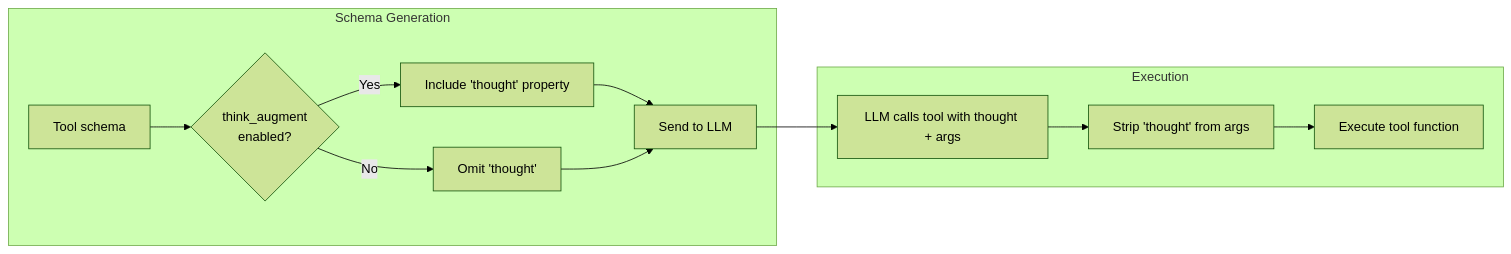
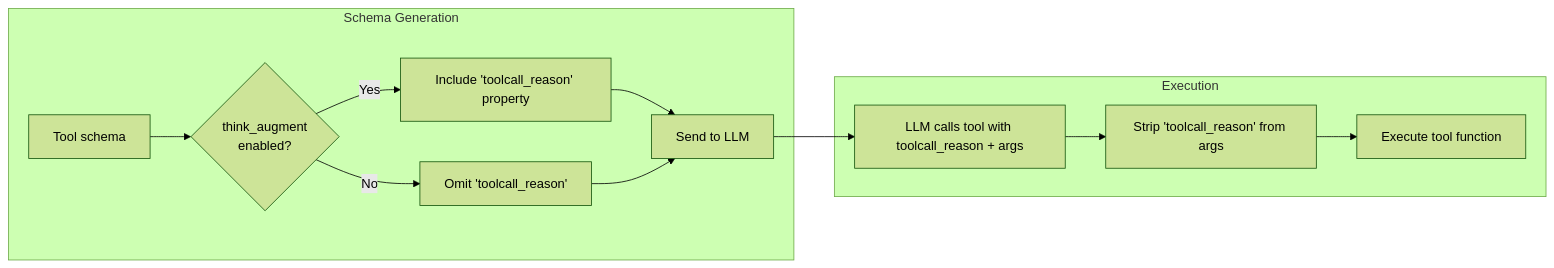
The diagram in docs/usage/think_augmented.md (Oaklight/ToolRegistry), drawn with Mermaid (forest theme) before and after one commit. The commit also changed other lines of this file and 2 other files, not shown here.

Commit message:
docs: update toolcall reason augmentation docs

````diff
--- a/docs/usage/think_augmented.md
+++ b/docs/usage/think_augmented.md
@@ -21,15 +23,15 @@
 ```mermaid
 flowchart LR
     subgraph Schema Generation
         Tool["Tool schema"] --> Check{"think_augment\nenabled?"}
-        Check -->|Yes| Inject["Include 'thought' property"]
-        Check -->|No| Skip["Omit 'thought'"]
+        Check -->|Yes| Inject["Include 'toolcall_reason' property"]
+        Check -->|No| Skip["Omit 'toolcall_reason'"]
         Inject --> LLM["Send to LLM"]
         Skip --> LLM
     end
     subgraph Execution
-        LLM --> Call["LLM calls tool with thought + args"]
-        Call --> Strip["Strip 'thought' from args"]
+        LLM --> Call["LLM calls tool with toolcall_reason + args"]
+        Call --> Strip["Strip 'toolcall_reason' from args"]
         Strip --> Run["Execute tool function"]
     end
 ```
````
